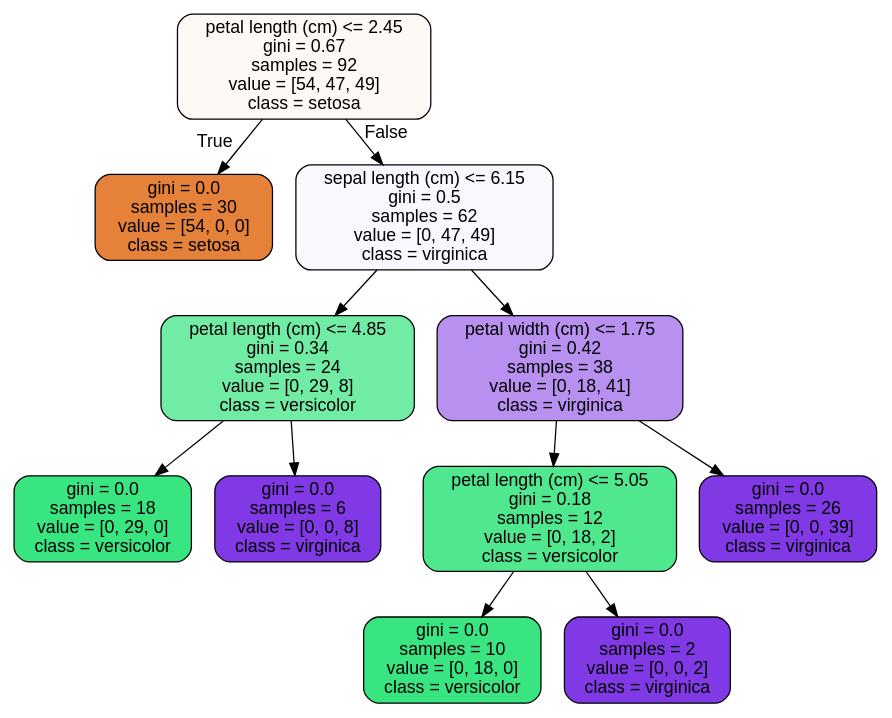
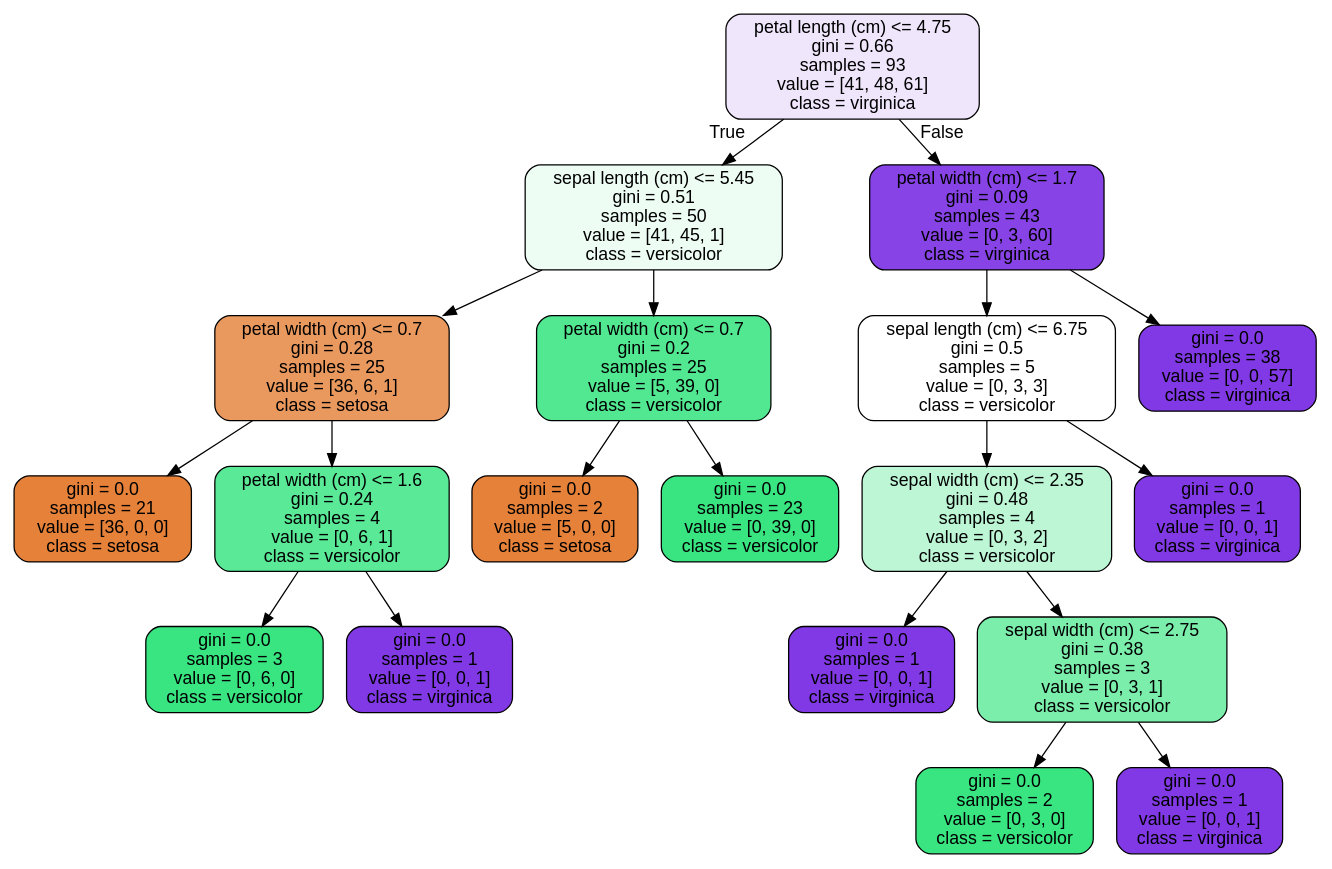
Before and after one commit to eerogers/Random_Forest: the diagram in tree.dot, drawn with Graphviz. The commit also changed 3 other files, not shown here.

```diff
--- a/tree.dot
+++ b/tree.dot
@@ -1,25 +1,41 @@
 digraph Tree {
 node [shape=box, style="filled, rounded", color="black", fontname=helvetica] ;
 edge [fontname=helvetica] ;
-0 [label="petal length (cm) <= 2.45\ngini = 0.67\nsamples = 92\nvalue = [54, 47, 49]\nclass = setosa", fillcolor="#fef9f5"] ;
-1 [label="gini = 0.0\nsamples = 30\nvalue = [54, 0, 0]\nclass = setosa", fillcolor="#e58139"] ;
+0 [label="petal length (cm) <= 4.75\ngini = 0.66\nsamples = 93\nvalue = [41, 48, 61]\nclass = virginica", fillcolor="#efe6fc"] ;
+1 [label="sepal length (cm) <= 5.45\ngini = 0.51\nsamples = 50\nvalue = [41, 45, 1]\nclass = versicolor", fillcolor="#eefdf4"] ;
 0 -> 1 [labeldistance=2.5, labelangle=45, headlabel="True"] ;
-2 [label="sepal length (cm) <= 6.15\ngini = 0.5\nsamples = 62\nvalue = [0, 47, 49]\nclass = virginica", fillcolor="#faf7fe"] ;
-0 -> 2 [labeldistance=2.5, labelangle=-45, headlabel="False"] ;
-3 [label="petal length (cm) <= 4.85\ngini = 0.34\nsamples = 24\nvalue = [0, 29, 8]\nclass = versicolor", fillcolor="#70eca4"] ;
+2 [label="petal width (cm) <= 0.7\ngini = 0.28\nsamples = 25\nvalue = [36, 6, 1]\nclass = setosa", fillcolor="#ea995e"] ;
+1 -> 2 ;
+3 [label="gini = 0.0\nsamples = 21\nvalue = [36, 0, 0]\nclass = setosa", fillcolor="#e58139"] ;
 2 -> 3 ;
-4 [label="gini = 0.0\nsamples = 18\nvalue = [0, 29, 0]\nclass = versicolor", fillcolor="#39e581"] ;
-3 -> 4 ;
-5 [label="gini = 0.0\nsamples = 6\nvalue = [0, 0, 8]\nclass = virginica", fillcolor="#8139e5"] ;
-3 -> 5 ;
-6 [label="petal width (cm) <= 1.75\ngini = 0.42\nsamples = 38\nvalue = [0, 18, 41]\nclass = virginica", fillcolor="#b890f0"] ;
-2 -> 6 ;
-7 [label="petal length (cm) <= 5.05\ngini = 0.18\nsamples = 12\nvalue = [0, 18, 2]\nclass = versicolor", fillcolor="#4fe88f"] ;
-6 -> 7 ;
-8 [label="gini = 0.0\nsamples = 10\nvalue = [0, 18, 0]\nclass = versicolor", fillcolor="#39e581"] ;
+4 [label="petal width (cm) <= 1.6\ngini = 0.24\nsamples = 4\nvalue = [0, 6, 1]\nclass = versicolor", fillcolor="#5ae996"] ;
+2 -> 4 ;
+5 [label="gini = 0.0\nsamples = 3\nvalue = [0, 6, 0]\nclass = versicolor", fillcolor="#39e581"] ;
+4 -> 5 ;
+6 [label="gini = 0.0\nsamples = 1\nvalue = [0, 0, 1]\nclass = virginica", fillcolor="#8139e5"] ;
+4 -> 6 ;
+7 [label="petal width (cm) <= 0.7\ngini = 0.2\nsamples = 25\nvalue = [5, 39, 0]\nclass = versicolor", fillcolor="#52e891"] ;
+1 -> 7 ;
+8 [label="gini = 0.0\nsamples = 2\nvalue = [5, 0, 0]\nclass = setosa", fillcolor="#e58139"] ;
 7 -> 8 ;
-9 [label="gini = 0.0\nsamples = 2\nvalue = [0, 0, 2]\nclass = virginica", fillcolor="#8139e5"] ;
+9 [label="gini = 0.0\nsamples = 23\nvalue = [0, 39, 0]\nclass = versicolor", fillcolor="#39e581"] ;
 7 -> 9 ;
-10 [label="gini = 0.0\nsamples = 26\nvalue = [0, 0, 39]\nclass = virginica", fillcolor="#8139e5"] ;
-6 -> 10 ;
+10 [label="petal width (cm) <= 1.7\ngini = 0.09\nsamples = 43\nvalue = [0, 3, 60]\nclass = virginica", fillcolor="#8743e6"] ;
+0 -> 10 [labeldistance=2.5, labelangle=-45, headlabel="False"] ;
+11 [label="sepal length (cm) <= 6.75\ngini = 0.5\nsamples = 5\nvalue = [0, 3, 3]\nclass = versicolor", fillcolor="#ffffff"] ;
+10 -> 11 ;
+12 [label="sepal width (cm) <= 2.35\ngini = 0.48\nsamples = 4\nvalue = [0, 3, 2]\nclass = versicolor", fillcolor="#bdf6d5"] ;
+11 -> 12 ;
+13 [label="gini = 0.0\nsamples = 1\nvalue = [0, 0, 1]\nclass = virginica", fillcolor="#8139e5"] ;
+12 -> 13 ;
+14 [label="sepal width (cm) <= 2.75\ngini = 0.38\nsamples = 3\nvalue = [0, 3, 1]\nclass = versicolor", fillcolor="#7beeab"] ;
+12 -> 14 ;
+15 [label="gini = 0.0\nsamples = 2\nvalue = [0, 3, 0]\nclass = versicolor", fillcolor="#39e581"] ;
+14 -> 15 ;
+16 [label="gini = 0.0\nsamples = 1\nvalue = [0, 0, 1]\nclass = virginica", fillcolor="#8139e5"] ;
+14 -> 16 ;
+17 [label="gini = 0.0\nsamples = 1\nvalue = [0, 0, 1]\nclass = virginica", fillcolor="#8139e5"] ;
+11 -> 17 ;
+18 [label="gini = 0.0\nsamples = 38\nvalue = [0, 0, 57]\nclass = virginica", fillcolor="#8139e5"] ;
+10 -> 18 ;
 }
```
